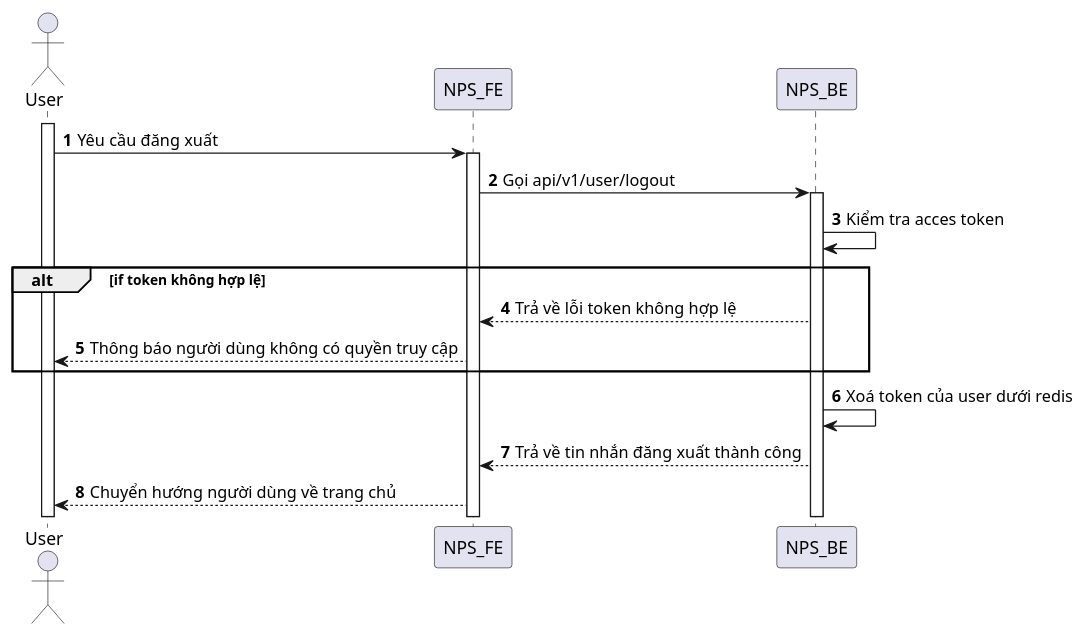
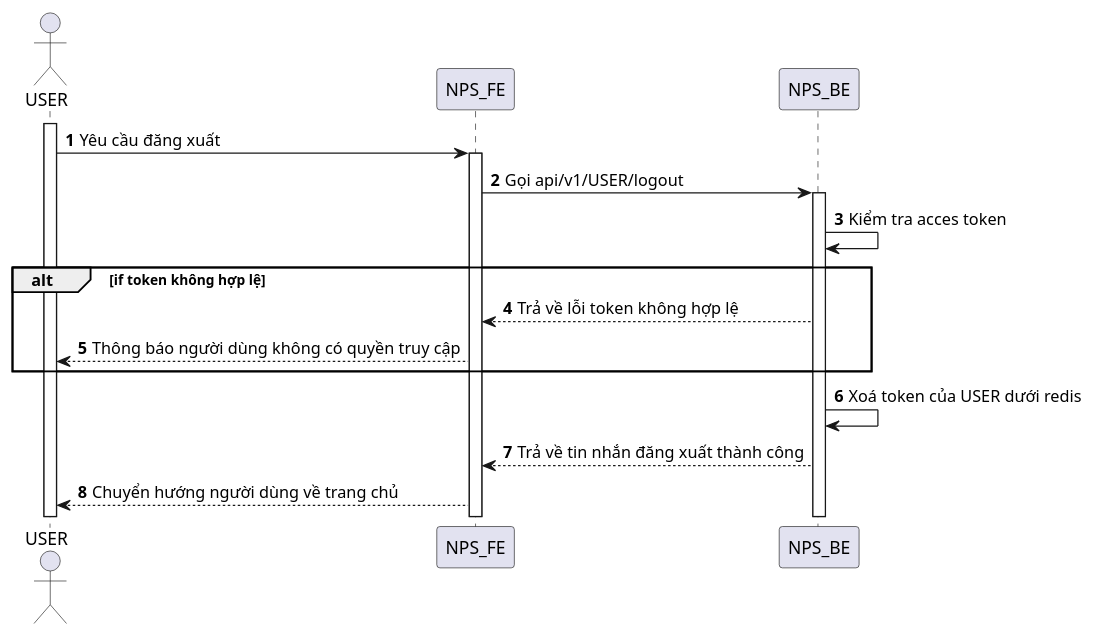
The diagram in SequenceDiagram/User/logout.puml (congdanh0101/fast-food), drawn with PlantUML before and after one commit. The commit also changed 144 other files, not shown here.

Commit message:
update seq diagram

```diff
--- a/SequenceDiagram/User/logout.puml
+++ b/SequenceDiagram/User/logout.puml
@@ -1,17 +1,17 @@
 @startuml
 autonumber
-actor User
-activate User
-User -> NPS_FE: Yêu cầu đăng xuất
+actor USER
+activate USER
+USER -> NPS_FE: Yêu cầu đăng xuất
 activate NPS_FE
-NPS_FE -> NPS_BE: Gọi api/v1/user/logout
+NPS_FE -> NPS_BE: Gọi api/v1/USER/logout
 activate NPS_BE
 NPS_BE -> NPS_BE: Kiểm tra acces token 
 alt if token không hợp lệ
 NPS_BE --> NPS_FE: Trả về lỗi token không hợp lệ
-NPS_FE --> User: Thông báo người dùng không có quyền truy cập
+NPS_FE --> USER: Thông báo người dùng không có quyền truy cập
 end
-NPS_BE -> NPS_BE: Xoá token của user dưới redis
+NPS_BE -> NPS_BE: Xoá token của USER dưới redis
 NPS_BE --> NPS_FE: Trả về tin nhắn đăng xuất thành công
-NPS_FE --> User: Chuyển hướng người dùng về trang chủ
+NPS_FE --> USER: Chuyển hướng người dùng về trang chủ
 @enduml
```
